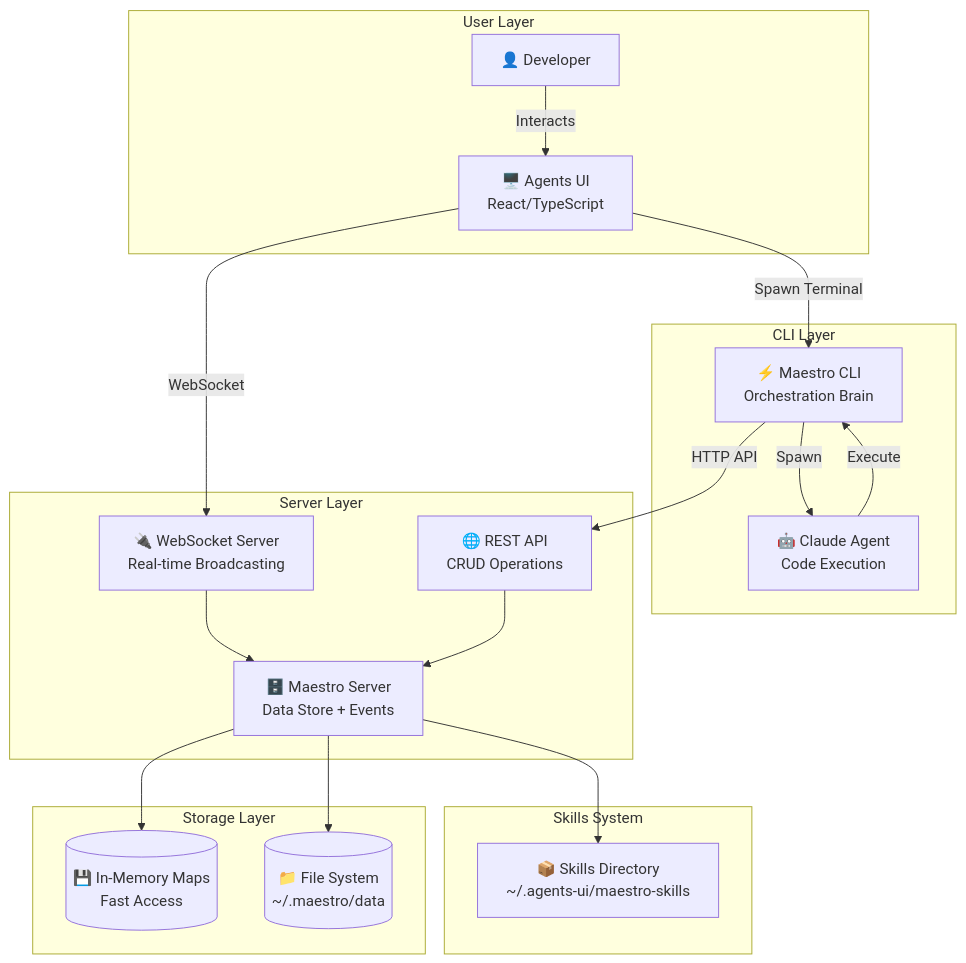
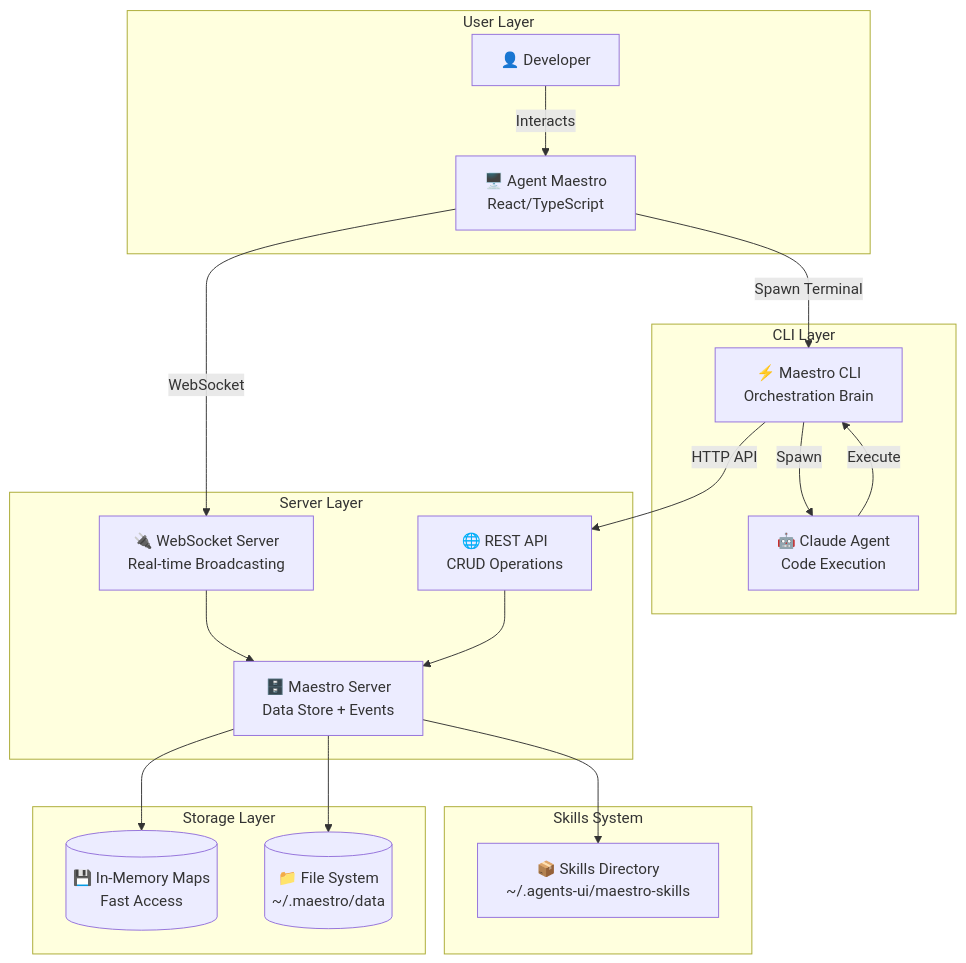
The first of 20 diagrams in maestro-server/docs/07-ARCHITECTURE-DIAGRAMS.md (raghavared/agent-maestro), drawn with Mermaid before and after one commit. The commit also changed other lines of this file and 89 other files, not shown here.

````diff
--- a/maestro-server/docs/07-ARCHITECTURE-DIAGRAMS.md
+++ b/maestro-server/docs/07-ARCHITECTURE-DIAGRAMS.md
@@ -7,39 +7,39 @@
 ```mermaid
 flowchart TB
     subgraph "User Layer"
         User[👤 Developer]
-        UI[🖥️ Agents UI<br/>React/TypeScript]
+        UI[🖥️ Agent Maestro<br/>React/TypeScript]
     end
 
     subgraph "CLI Layer"
         CLI[⚡ Maestro CLI<br/>Orchestration Brain]
         Claude[🤖 Claude Agent<br/>Code Execution]
     end
 
     subgraph "Server Layer"
         Server[🗄️ Maestro Server<br/>Data Store + Events]
         WebSocket[🔌 WebSocket Server<br/>Real-time Broadcasting]
         API[🌐 REST API<br/>CRUD Operations]
     end
 
     subgraph "Storage Layer"
         Memory[(💾 In-Memory Maps<br/>Fast Access)]
         Disk[(📁 File System<br/>~/.maestro/data)]
     end
 
     subgraph "Skills System"
         Skills[📦 Skills Directory<br/>~/.agents-ui/maestro-skills]
     end
 
     User -->|Interacts| UI
     UI -->|WebSocket| WebSocket
     UI -->|Spawn Terminal| CLI
     CLI -->|HTTP API| API
     CLI -->|Spawn| Claude
     Claude -->|Execute| CLI
     API --> Server
     WebSocket --> Server
     Server --> Memory
     Server --> Disk
     Server --> Skills
 ```
````
